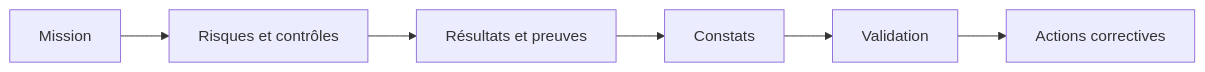
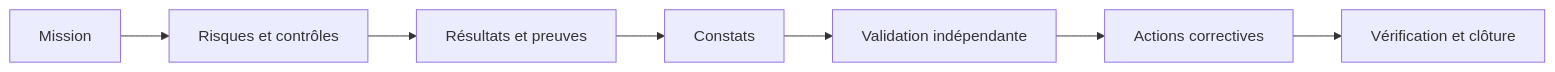
The first of 2 diagrams in README.md (NossairAA/AuditSphere), drawn with Mermaid before and after one commit. The commit also changed other lines of this file and 9 other files, not shown here.

````diff
--- a/README.md
+++ b/README.md
@@ -5,8 +29,9 @@
 ```mermaid
 flowchart LR
     A[Mission] --> B[Risques et contrôles]
     B --> C[Résultats et preuves]
     C --> D[Constats]
-    D --> E[Validation]
+    D --> E[Validation indépendante]
     E --> F[Actions correctives]
+    F --> G[Vérification et clôture]
 ```
````
